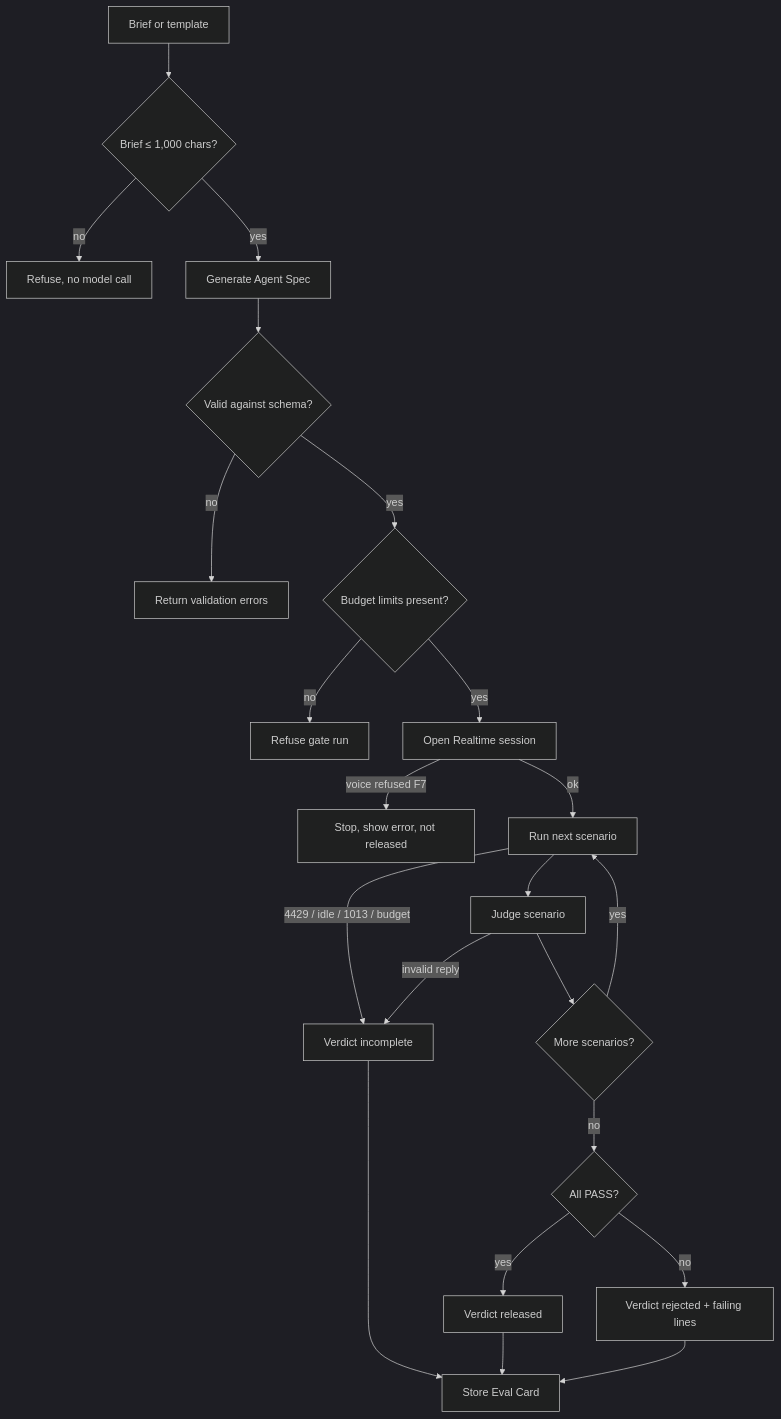
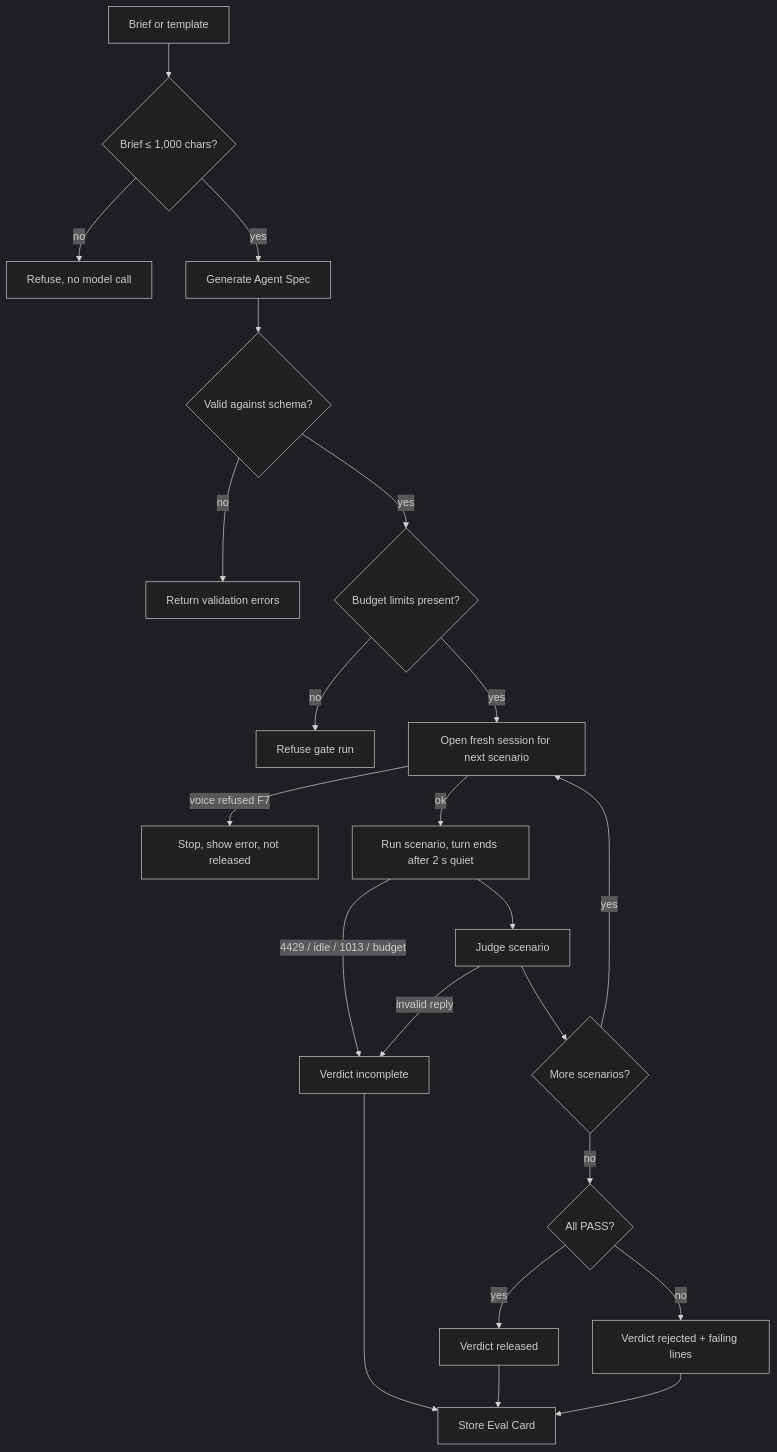
Before and after one commit to HlibHav/higgs-agent-factory: the first of 4 diagrams in specs/2026-10-24-higgs-agent-factory.md, drawn with Mermaid (dark theme). The commit also changed other lines of this file, not shown here.

Commit message:
docs: spec AC-55..61 scenario isolation and quiet-window turn end

````diff
--- a/specs/2026-10-24-higgs-agent-factory.md
+++ b/specs/2026-10-24-higgs-agent-factory.md
@@ -223,24 +235,24 @@
 ```mermaid
 flowchart TD
   brief[Brief or template] --> len{"Brief ≤ 1,000 chars?"}
   len -- no --> refuse[Refuse, no model call]
   len -- yes --> gen[Generate Agent Spec]
   gen --> val{Valid against schema?}
   val -- no --> errs[Return validation errors]
   val -- yes --> budget{Budget limits present?}
   budget -- no --> norun[Refuse gate run]
-  budget -- yes --> session[Open Realtime session]
+  budget -- yes --> session[Open fresh session for next scenario]
   session -- "voice refused F7" --> stop[Stop, show error, not released]
-  session -- ok --> scen[Run next scenario]
+  session -- ok --> scen[Run scenario, turn ends after 2 s quiet]
   scen -- "4429 / idle / 1013 / budget" --> inc[Verdict incomplete]
   scen --> judge[Judge scenario]
   judge -- invalid reply --> inc
   judge --> more{More scenarios?}
-  more -- yes --> scen
+  more -- yes --> session
   more -- no --> allpass{All PASS?}
   allpass -- yes --> rel[Verdict released]
   allpass -- no --> rej[Verdict rejected + failing lines]
   rel --> card[Store Eval Card]
   rej --> card
   inc --> card
 ```
````
